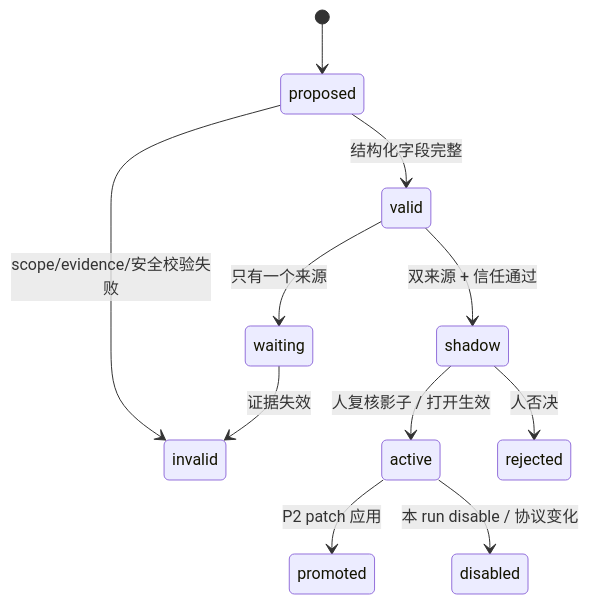
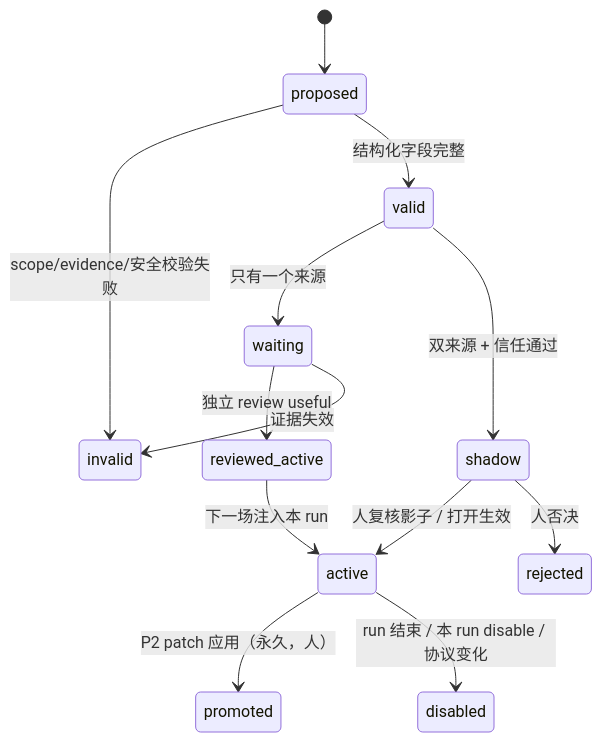
The seventh of 7 diagrams in docs/架构/可信harness.md (kuafuwang/ShapeForge), drawn with Mermaid before and after one commit. The commit also changed 4 other files, not shown here.

First line of the commit message:
Document reviewed-active semantics and the reviewed/P2 dashboard distinction.

````diff
--- a/docs/架构/可信harness.md
+++ b/docs/架构/可信harness.md
@@ -291,13 +291,15 @@
 ```mermaid
 stateDiagram-v2
   [*] --> proposed
   proposed --> invalid: scope/evidence/安全校验失败
   proposed --> valid: 结构化字段完整
   valid --> waiting: 只有一个来源
   valid --> shadow: 双来源 + 信任通过
+  waiting --> reviewed_active: 独立 review useful
   shadow --> active: 人复核影子 / 打开生效
+  reviewed_active --> active: 下一场注入本 run
   shadow --> rejected: 人否决
-  active --> promoted: P2 patch 应用
-  active --> disabled: 本 run disable / 协议变化
+  active --> promoted: P2 patch 应用（永久，人）
+  active --> disabled: run 结束 / 本 run disable / 协议变化
   waiting --> invalid: 证据失效
 ```
````
